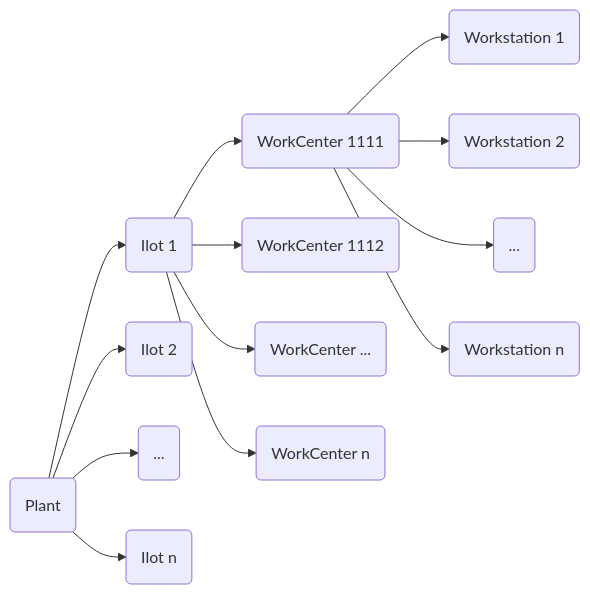
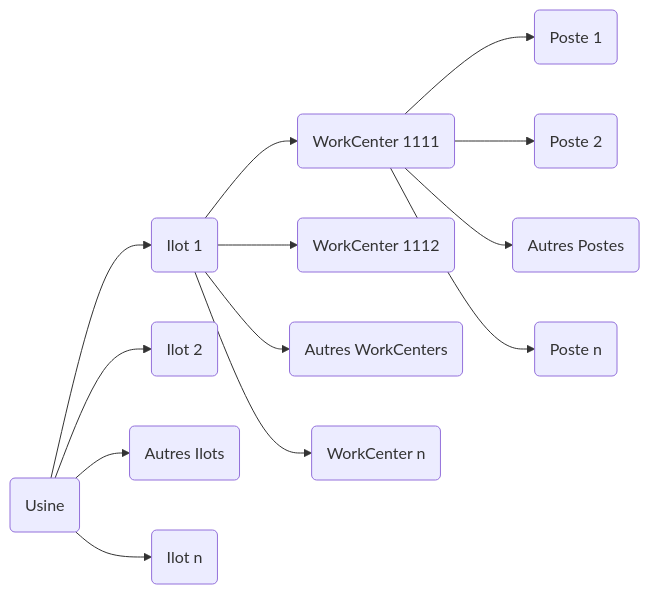
One commit to thomas26215/Obsidian changed the diagram in Projets/En cours/Stage 2e année BUT informatique.md. Above: the diagram before and after it, drawn with Mermaid. The commit also changed other lines of this file and 1 other file, not shown here.

````diff
--- a/Projets/En cours/Stage 2e année BUT informatique.md
+++ b/Projets/En cours/Stage 2e année BUT informatique.md
@@ -28,17 +39,17 @@
 ```mermaid
 flowchart LR
-P(Plant) --> I1(Ilot 1)
-P-->I2(Ilot 2)
-P-->I...(...)
-P-->In(Ilot n)
+P(Usine) --> I1(Ilot 1)
+P --> I2(Ilot 2)
+P --> I...(Autres Ilots)
+P --> In(Ilot n)
 
-I1-->WC1(WorkCenter 1111)
-I1-->WC2(WorkCenter 1112)
-I1-->WC...(WorkCenter ...)
-I1-->WCn(WorkCenter n)
+I1 --> WC1(WorkCenter 1111)
+I1 --> WC2(WorkCenter 1112)
+I1 --> WC...(Autres WorkCenters)
+I1 --> WCn(WorkCenter n)
 
-WC1-->WS1(Workstation 1)
-WC1-->WS2(Workstation 2)
-WC1-->WS...(...)
-WC1-->WSn(Workstation n)
+WC1 --> WS1(Poste 1)
+WC1 --> WS2(Poste 2)
+WC1 --> WS...(Autres Postes)
+WC1 --> WSn(Poste n)
 ```
````
